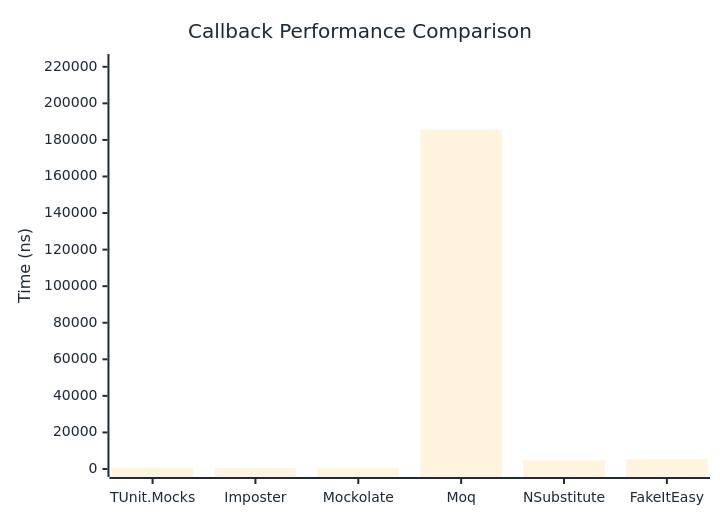
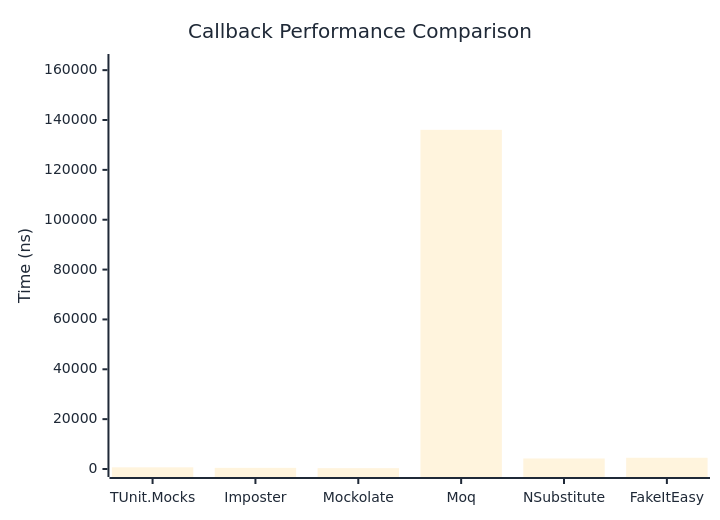
Before and after one commit to thomhurst/TUnit: the first of 2 diagrams in docs/docs/benchmarks/mocks/Callback.md, drawn with Mermaid. The commit also changed other lines of this file and 14 other files, not shown here.

````diff
--- a/docs/docs/benchmarks/mocks/Callback.md
+++ b/docs/docs/benchmarks/mocks/Callback.md
@@ -30,27 +30,27 @@
 ```mermaid
 %%{init: {
   'theme':'base',
   'themeVariables': {
     'primaryColor': '#2563eb',
     'primaryTextColor': '#1f2937',
     'primaryBorderColor': '#1e40af',
     'lineColor': '#6b7280',
     'secondaryColor': '#7c3aed',
     'tertiaryColor': '#dc2626',
     'background': '#ffffff',
     'pie1': '#2563eb',
     'pie2': '#7c3aed',
     'pie3': '#dc2626',
     'pie4': '#f59e0b',
     'pie5': '#10b981',
     'pie6': '#06b6d4',
     'pie7': '#ec4899',
     'pie8': '#6366f1'
   }
 }}%%
 xychart-beta
   title "Callback Performance Comparison"
   x-axis ["TUnit.Mocks", "Imposter", "Mockolate", "Moq", "NSubstitute", "FakeItEasy"]
-  y-axis "Time (ns)" 0 --> 222624
-  bar [720.8, 493.7, 351.5, 185519.3, 4750, 5278.2]
+  y-axis "Time (ns)" 0 --> 163272
+  bar [673.6, 462, 336.4, 136059.2, 4227, 4509]
 ```
````
